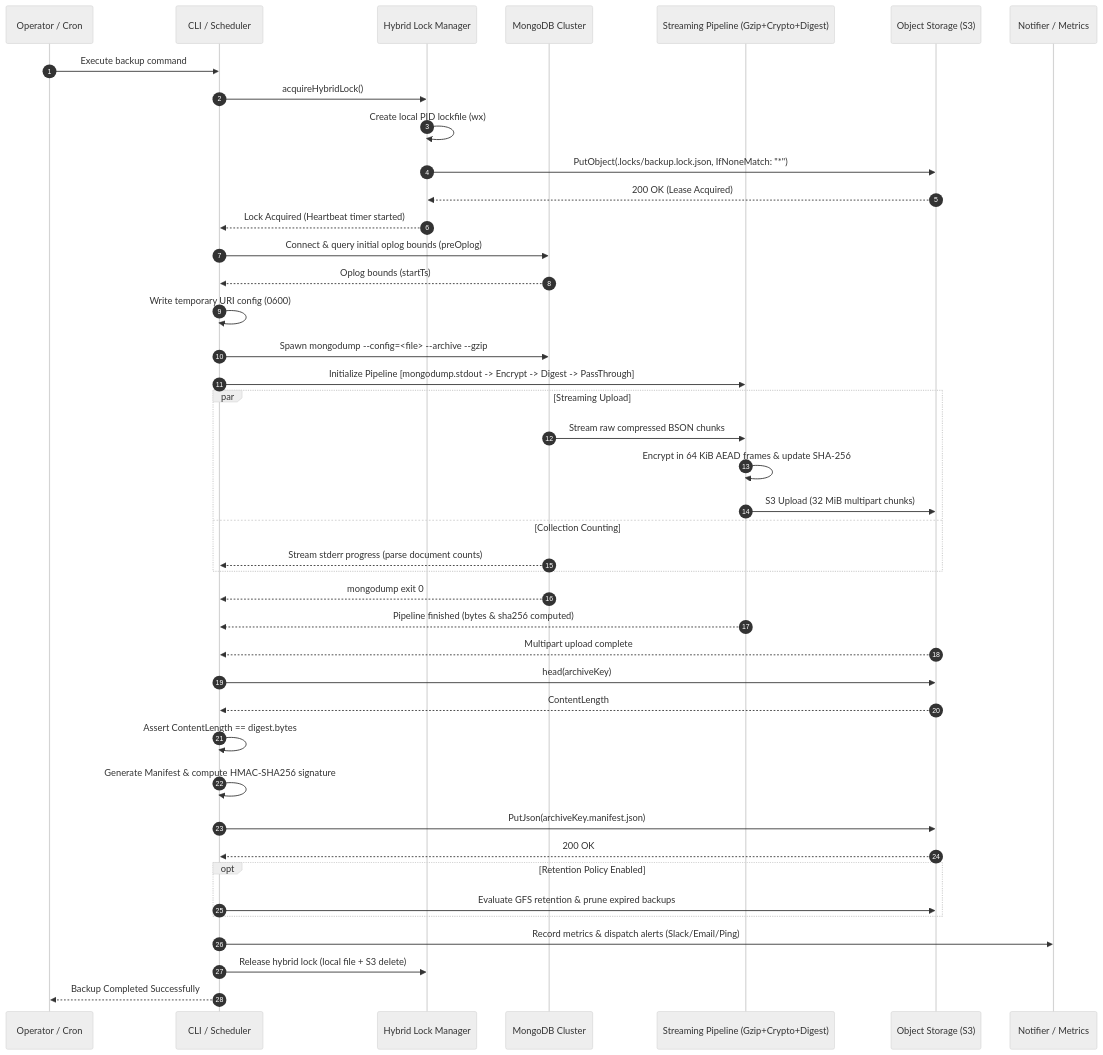
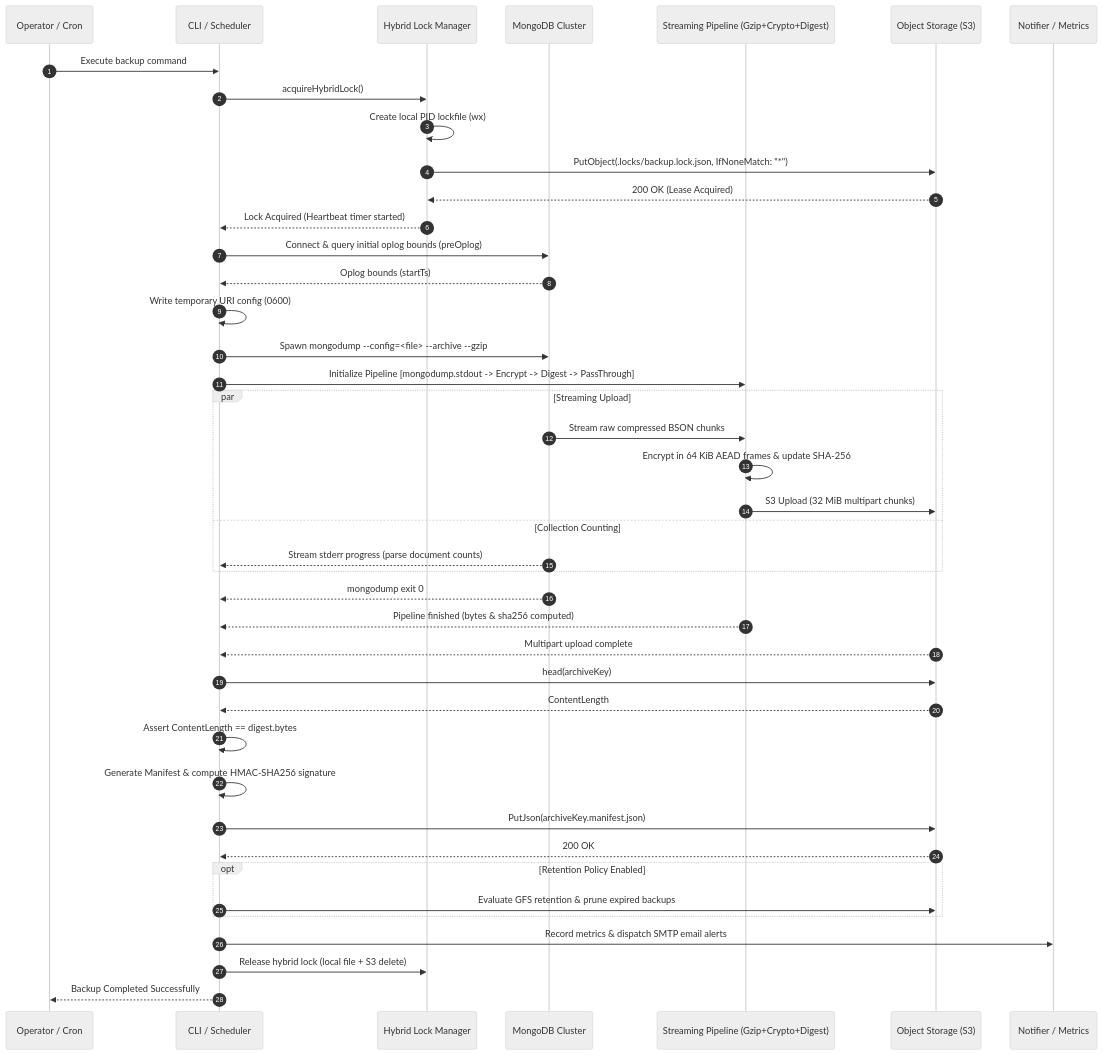
One commit to bhatbazik/MongoVault changed the third of 11 diagrams in README.md. Above: the diagram before and after it, drawn with Mermaid (neutral theme). The commit also changed other lines of this file, not shown here.

Commit message:
docs: align README with updated CLI, config, Docker, and test suites

````diff
--- a/README.md
+++ b/README.md
@@ -442,53 +444,53 @@
 ```mermaid
 sequenceDiagram
     autonumber
     participant Op as Operator / Cron
     participant CLI as CLI / Scheduler
     participant Lock as Hybrid Lock Manager
     participant Mongo as MongoDB Cluster
     participant Pipe as Streaming Pipeline (Gzip+Crypto+Digest)
     participant S3 as Object Storage (S3)
     participant Notif as Notifier / Metrics
 
     Op->>CLI: Execute backup command
     CLI->>Lock: acquireHybridLock()
     Lock->>Lock: Create local PID lockfile (wx)
     Lock->>S3: PutObject(.locks/backup.lock.json, IfNoneMatch: "*")
     S3-->>Lock: 200 OK (Lease Acquired)
     Lock-->>CLI: Lock Acquired (Heartbeat timer started)
 
     CLI->>Mongo: Connect & query initial oplog bounds (preOplog)
     Mongo-->>CLI: Oplog bounds (startTs)
 
     CLI->>CLI: Write temporary URI config (0600)
     CLI->>Mongo: Spawn mongodump --config=<file> --archive --gzip
     CLI->>Pipe: Initialize Pipeline [mongodump.stdout -> Encrypt -> Digest -> PassThrough]
 
     par Streaming Upload
         Mongo->>Pipe: Stream raw compressed BSON chunks
         Pipe->>Pipe: Encrypt in 64 KiB AEAD frames & update SHA-256
         Pipe->>S3: S3 Upload (32 MiB multipart chunks)
     and Collection Counting
         Mongo-->>CLI: Stream stderr progress (parse document counts)
     end
 
     Mongo-->>CLI: mongodump exit 0
     Pipe-->>CLI: Pipeline finished (bytes & sha256 computed)
     S3-->>CLI: Multipart upload complete
 
     CLI->>S3: head(archiveKey)
     S3-->>CLI: ContentLength
     CLI->>CLI: Assert ContentLength == digest.bytes
 
     CLI->>CLI: Generate Manifest & compute HMAC-SHA256 signature
     CLI->>S3: PutJson(archiveKey.manifest.json)
     S3-->>CLI: 200 OK
 
     opt Retention Policy Enabled
         CLI->>S3: Evaluate GFS retention & prune expired backups
     end
 
-    CLI->>Notif: Record metrics & dispatch alerts (Slack/Email/Ping)
+    CLI->>Notif: Record metrics & dispatch SMTP email alerts
     CLI->>Lock: Release hybrid lock (local file + S3 delete)
     CLI-->>Op: Backup Completed Successfully
 ```
````
